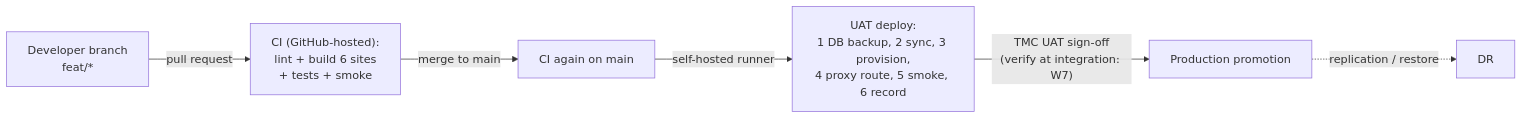
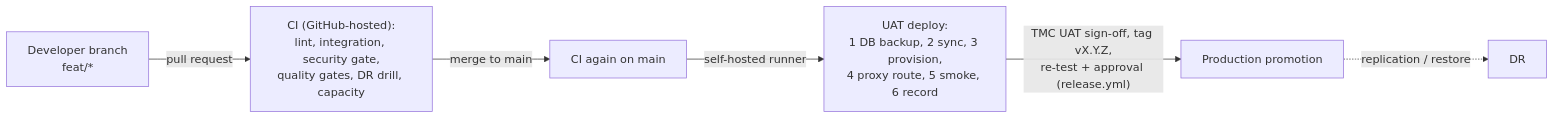
The sixth of 6 diagrams in docs/architecture/system-architecture.md (aryanpatel-ctrl/tmc-website), drawn with Mermaid before and after one commit. The commit also changed other lines of this file and 33 other files, not shown here.

````diff
--- a/docs/architecture/system-architecture.md
+++ b/docs/architecture/system-architecture.md
@@ -228,8 +234,8 @@
 ```mermaid
 flowchart LR
-    dev["Developer branch<br/>feat/*"] -- "pull request" --> ci["CI (GitHub-hosted):<br/>lint + build 6 sites<br/>+ tests + smoke"]
+    dev["Developer branch<br/>feat/*"] -- "pull request" --> ci["CI (GitHub-hosted):<br/>lint, integration, security gate,<br/>quality gates, DR drill, capacity"]
     ci -- "merge to main" --> ci2["CI again on main"]
     ci2 -- "self-hosted runner" --> uat["UAT deploy:<br/>1 DB backup, 2 sync, 3 provision,<br/>4 proxy route, 5 smoke, 6 record"]
-    uat -- "TMC UAT sign-off<br/>(verify at integration: W7)" --> prod["Production promotion"]
+    uat -- "TMC UAT sign-off, tag vX.Y.Z,<br/>re-test + approval (release.yml)" --> prod["Production promotion"]
     prod -. "replication / restore" .-> dr["DR"]
 ```
````
